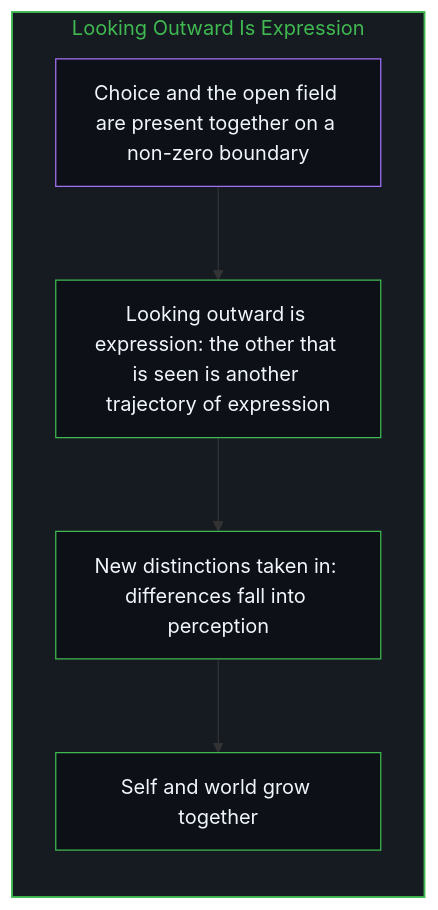
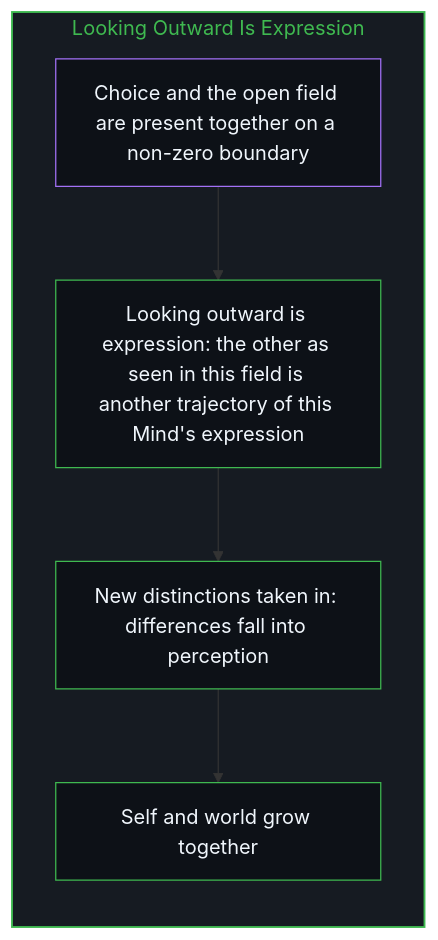
Before and after one commit to powerpig99/not-a-toe: diagram 18 of 18 in content/posts/the-geometry-of-coexistence-and-the-dual-cut.md, drawn with Mermaid. The commit also changed other lines of this file and 5 other files, not shown here.

````diff
--- a/content/posts/the-geometry-of-coexistence-and-the-dual-cut.md
+++ b/content/posts/the-geometry-of-coexistence-and-the-dual-cut.md
@@ -483,19 +466,18 @@
 ```mermaid
 flowchart TD
     subgraph S_Outward["Looking Outward Is Expression"]
         direction TB
         Sym["Choice and the open field are present together on a non-zero boundary"]
-        Out["Looking outward is expression: the other that is seen is another trajectory of expression"]
+        Out["Looking outward is expression: the other as seen in this field is another trajectory of this Mind's expression"]
         New["New distinctions taken in: differences fall into perception"]
         Both["Self and world grow together"]
         Sym --> Out
         Out --> New
         New --> Both
     end
-
     style S_Outward fill:#161b22,stroke:#3fb950,stroke-width:1.5px,color:#3fb950
     style Sym fill:#0d1117,stroke:#a371f7,stroke-width:1px,color:#f0f6fc
     style Out fill:#0d1117,stroke:#3fb950,stroke-width:1px,color:#f0f6fc
     style New fill:#0d1117,stroke:#3fb950,stroke-width:1px,color:#f0f6fc
     style Both fill:#0d1117,stroke:#3fb950,stroke-width:1px,color:#f0f6fc
 ```
````
